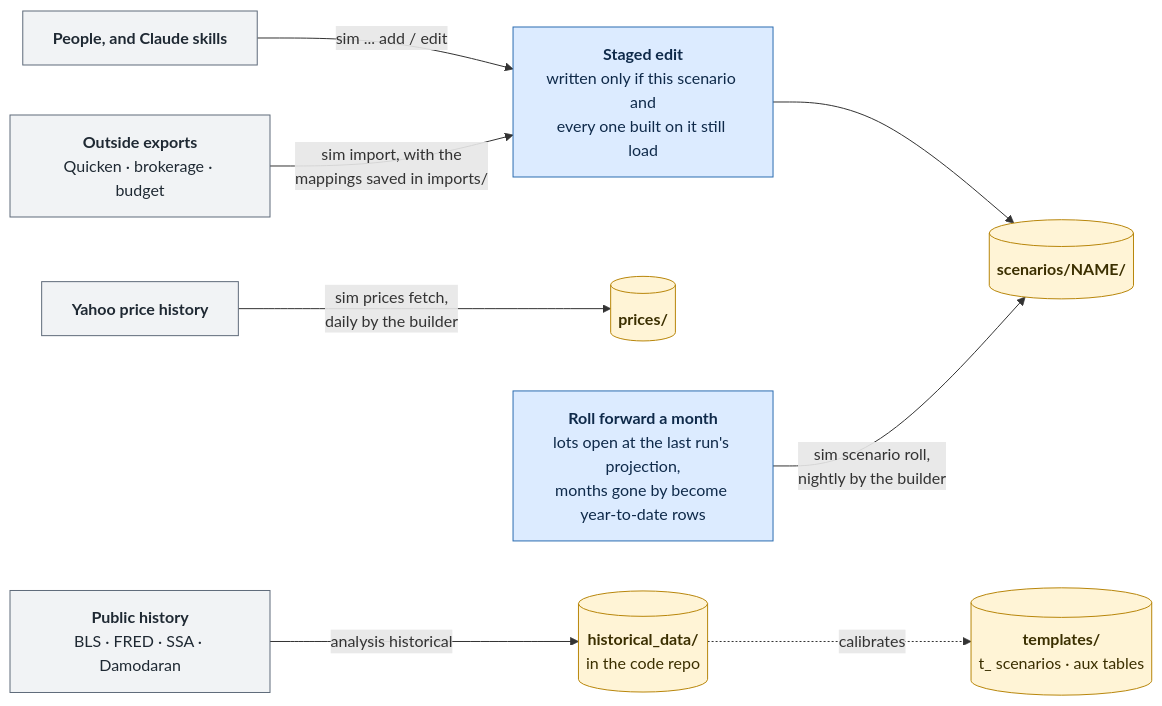
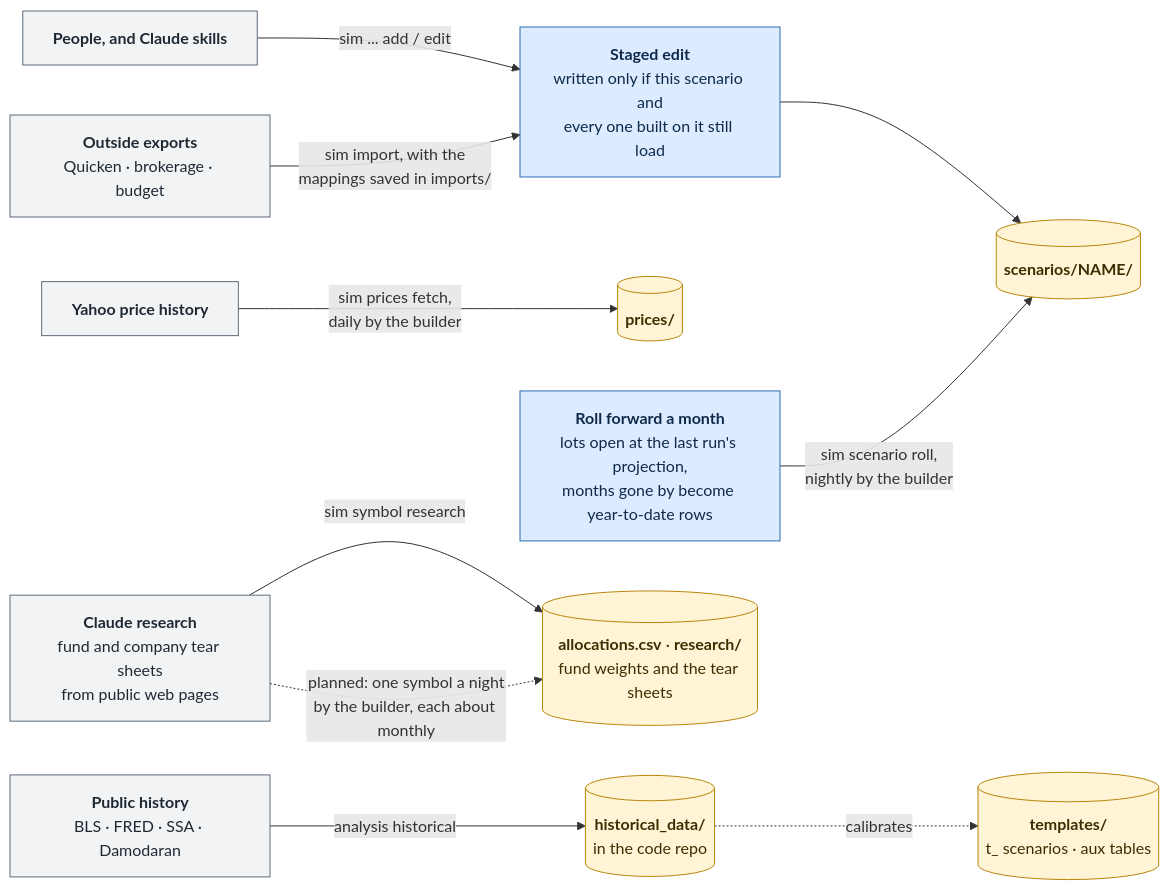
The third of 13 diagrams in docs/architecture/README.md (BobKerns/analysis), drawn with Mermaid before and after one commit. The commit also changed other lines of this file, not shown here.

First line of the commit message:
Architecture README: guide links, a guides table, research in diagram 2b

````diff
--- a/docs/architecture/README.md
+++ b/docs/architecture/README.md
@@ -203,32 +232,36 @@
 ```mermaid
 flowchart LR
   people["<b>People, and Claude skills</b>"]
   exports["<b>Outside exports</b><br/>Quicken · brokerage · budget"]
   market["<b>Yahoo price history</b>"]
   public["<b>Public history</b><br/>BLS · FRED · SSA · Damodaran"]
 
   staged["<b>Staged edit</b><br/>written only if this scenario and<br/>every one built on it still load"]
   scenario_files[("<b>scenarios/NAME/</b>")]
   price_files[("<b>prices/</b>")]
   history[("<b>historical_data/</b><br/>in the code repo")]
   templates[("<b>templates/</b><br/>t_ scenarios · aux tables")]
+  research["<b>Claude research</b><br/>fund and company tear sheets<br/>from public web pages"]
+  allocation_files[("<b>allocations.csv</b> · <b>research/</b><br/>fund weights and the tear sheets")]
   roll["<b>Roll forward a month</b><br/>lots open at the last run's projection,<br/>months gone by become year-to-date rows"]
 
   people -->|"sim ... add / edit"| staged
   exports -->|"sim import, with the<br/>mappings saved in imports/"| staged
   staged --> scenario_files
   roll -->|"sim scenario roll,<br/>nightly by the builder"| scenario_files
   market -->|"sim prices fetch,<br/>daily by the builder"| price_files
+  research -->|"sim symbol research"| allocation_files
+  research -.->|"planned: one symbol a night<br/>by the builder, each about monthly"| allocation_files
   public -->|"analysis historical"| history
   history -.->|calibrates| templates
 
-  class people,exports,market,public out
+  class people,exports,market,public,research out
   class staged,roll proc
-  class scenario_files,price_files,history,templates input
+  class scenario_files,price_files,allocation_files,history,templates input
   classDef input fill:#FFF4D6,stroke:#B8860B,color:#3b2f00
   classDef code fill:#EDE3FF,stroke:#6B46C1,color:#2a1a55
   classDef proc fill:#DCEBFF,stroke:#2B6CB0,color:#0f2a4a
   classDef store fill:#DDF5E3,stroke:#2F855A,color:#123524
   classDef out fill:#F1F3F5,stroke:#5F6B7A,color:#1f2933
   classDef note fill:#ffffff,stroke:#9aa5b1,color:#3e4c59,stroke-dasharray:4 3
 ```
````
